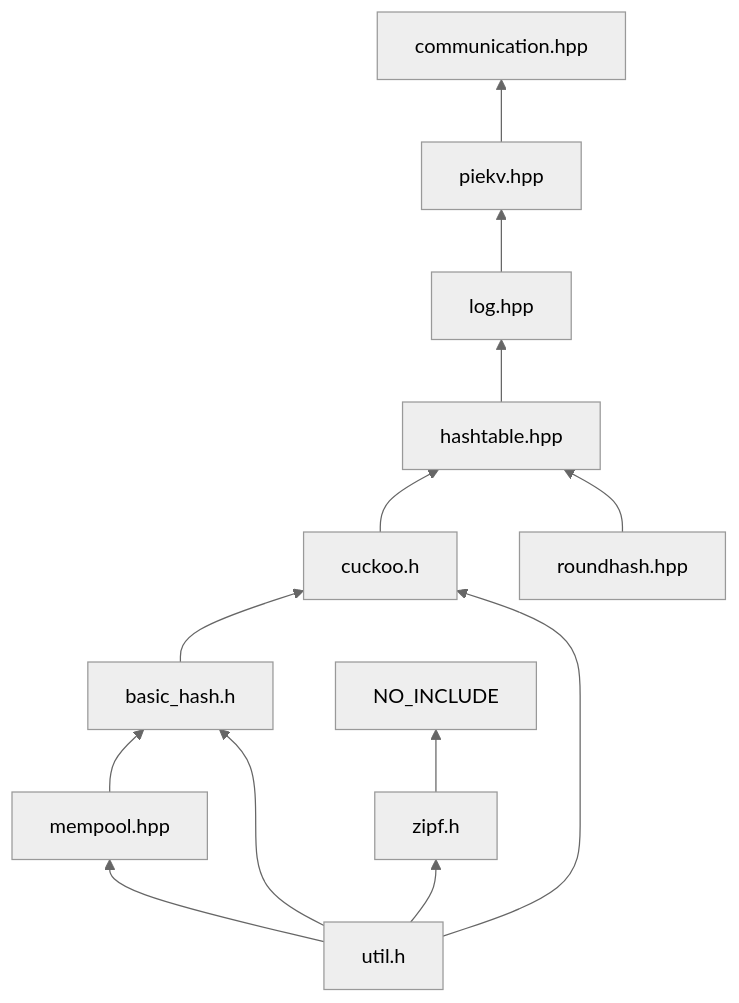
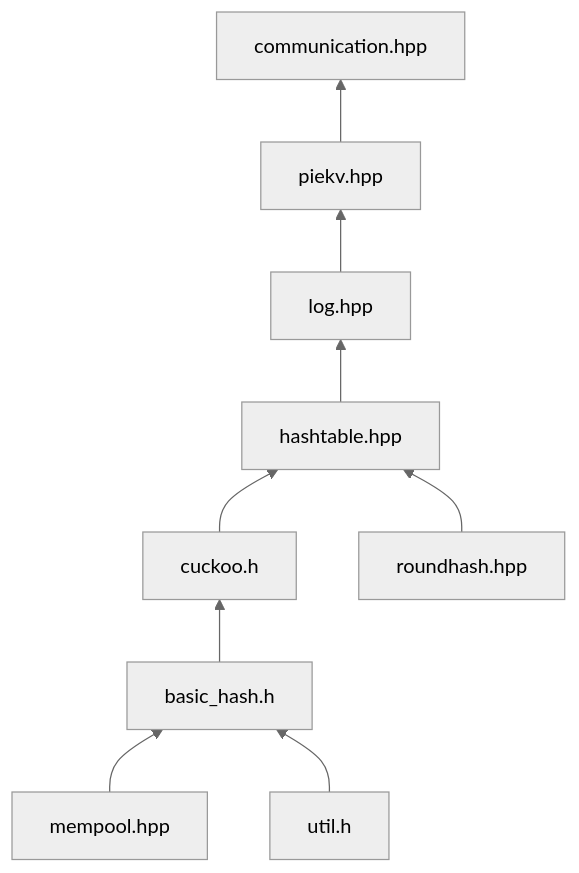
The second of 2 diagrams in README.md (JuvenileFir/FlexibieKV), drawn with Mermaid (neutral theme) before and after one commit. The commit also changed other lines of this file, not shown here.

Commit message:
readme graph

````diff
--- a/README.md
+++ b/README.md
@@ -142,45 +27,44 @@
 ```mermaid
 graph BT
 	
 basic_hash.h --> cuckoo.h
 
 %%basic_hash.h --> bc>basic_hash.c]
 %%basic_hash.h --> hp>hashtable.cpp]
 
 %%communication.hpp --> cp>communication.cpp]
 %%communication.hpp --> mp>main.cpp]
 
 cuckoo.h --> hashtable.hpp
 
 %%cuckoo.h --> cc>cuckoo.c]
 
 hashtable.hpp --> log.hpp
 
 %%hashtable.hpp --> hp>hashtable.cpp]
 
 log.hpp --> piekv.hpp
 %%log.hpp --> mempool.hpp
 
 %%log.hpp --> lp>log.cpp]
 
 mempool.hpp --> basic_hash.h
 
 %%mempool.hpp --> mp>mempool.cpp]
 
 piekv.hpp --> communication.hpp
 
 %%piekv.hpp --> fp>flowing_controller.cpp]
 %%piekv.hpp --> op>operation.cpp]
 
 roundhash.hpp --> hashtable.hpp
 
 %%roundhash.hpp --> rp>roundhash.cpp]
 
-util.h --> zipf.h
-util.h --> cuckoo.h
+%%util.h --> zipf.h
 util.h --> basic_hash.h
-util.h --> mempool.hpp
 
-zipf.h --> NO_INCLUDE
+%%zipf.h --> NO_INCLUDE
+
 
 ```
````
